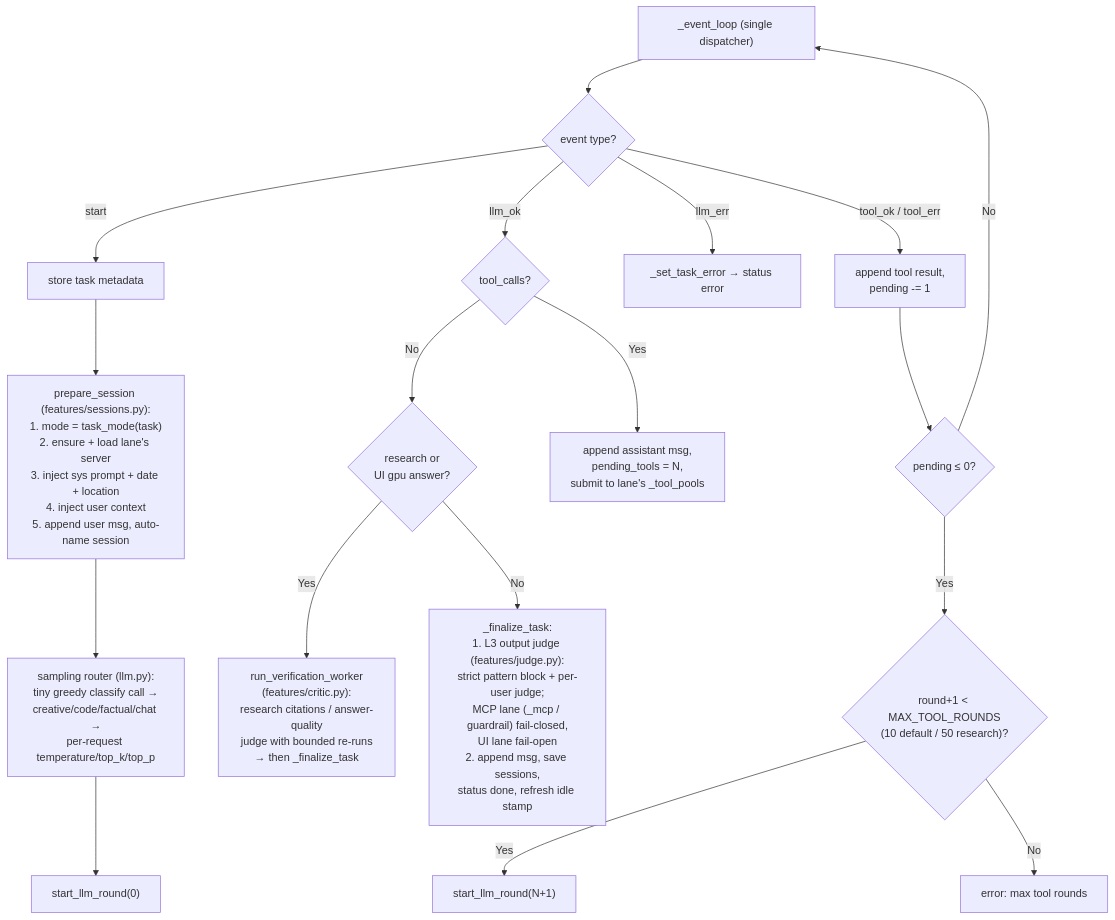
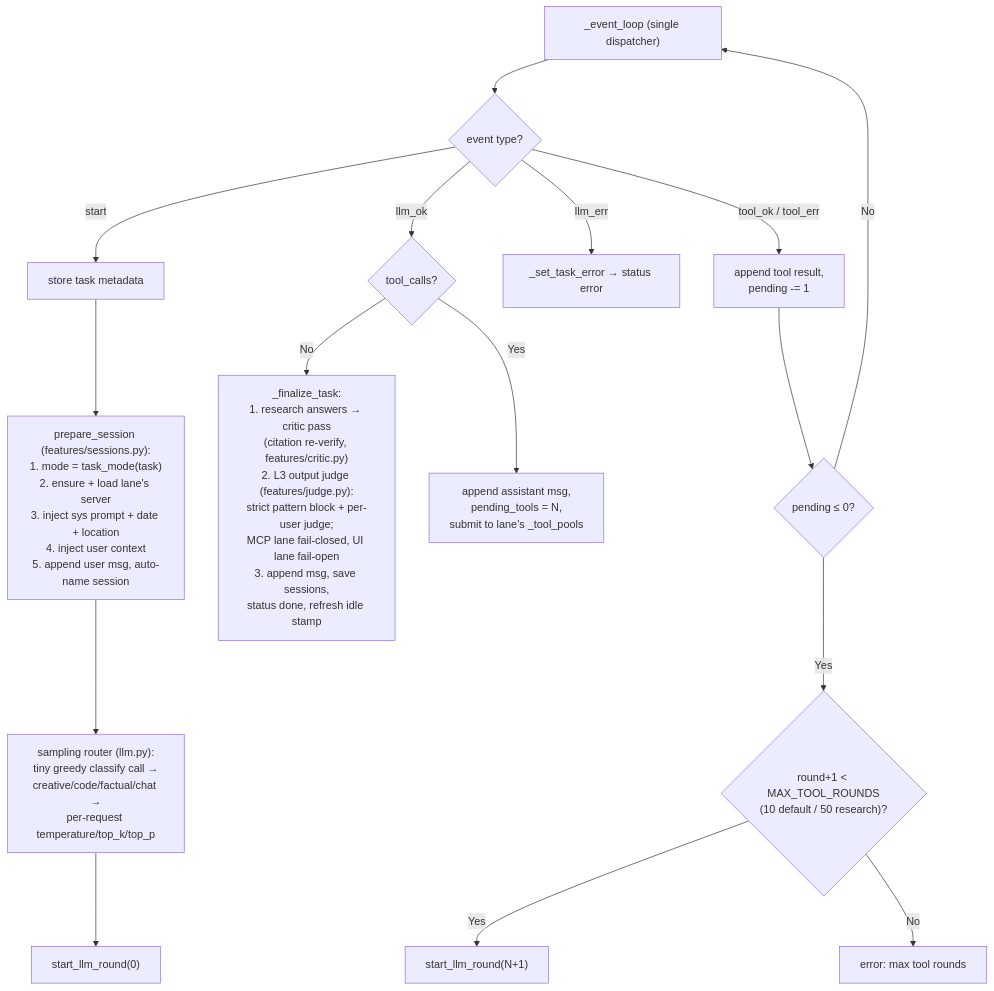
One commit to Palash90/local-ai changed the ninth of 13 diagrams in ARCHITECTURE.md. Above: the diagram before and after it, drawn with Mermaid. The commit also changed other lines of this file and 9 other files, not shown here.

````diff
--- a/ARCHITECTURE.md
+++ b/ARCHITECTURE.md
@@ -322,20 +310,18 @@
 ```mermaid
 graph TD
     E1["_event_loop (single dispatcher)"] --> EvDispatch{"event type?"}
     EvDispatch -- "start" --> EvStart["store task metadata"] --> Prep["prepare_session (features/sessions.py):\n1. mode = task_mode(task)\n2. ensure + load lane's server\n3. inject sys prompt + date + location\n4. inject user context\n5. append user msg, auto-name session"] --> Router["sampling router (llm.py):\ntiny greedy classify call →\ncreative/code/factual/chat →\nper-request temperature/top_k/top_p"]
     Router --> Round0["start_llm_round(0)"]
 
     EvDispatch -- "llm_ok" --> LLMOK{"tool_calls?"}
-    LLMOK -- No --> VGate{"research or\nUI gpu answer?"}
-    VGate -- Yes --> Critic2["run_verification_worker\n(features/critic.py):\nresearch citations / answer-quality\njudge with bounded re-runs\n→ then _finalize_task"]
-    VGate -- No --> Final["_finalize_task:\n1. L3 output judge (features/judge.py):\nstrict pattern block + per-user judge;\nMCP lane (_mcp / guardrail) fail-closed,\nUI lane fail-open\n2. append msg, save sessions,\nstatus done, refresh idle stamp"]
+    LLMOK -- No --> Final["_finalize_task:\n1. research answers → critic pass\n(citation re-verify, features/critic.py)\n2. L3 output judge (features/judge.py):\nstrict pattern block + per-user judge;\nMCP lane fail-closed, UI lane fail-open\n3. append msg, save sessions,\nstatus done, refresh idle stamp"]
     LLMOK -- Yes --> SubmitTools["append assistant msg,\npending_tools = N,\nsubmit to lane's _tool_pools"]
 
     EvDispatch -- "llm_err" --> LLMErr["_set_task_error → status error"]
     EvDispatch -- "tool_ok / tool_err" --> ToolOK["append tool result,\npending -= 1"]
     ToolOK --> AllDone{"pending ≤ 0?"}
     AllDone -- No --> E1
     AllDone -- Yes --> RoundCap{"round+1 < MAX_TOOL_ROUNDS\n(10 default / 50 research)?"}
     RoundCap -- Yes --> NextRound["start_llm_round(N+1)"]
     RoundCap -- No --> MaxErr["error: max tool rounds"]
 ```
````
